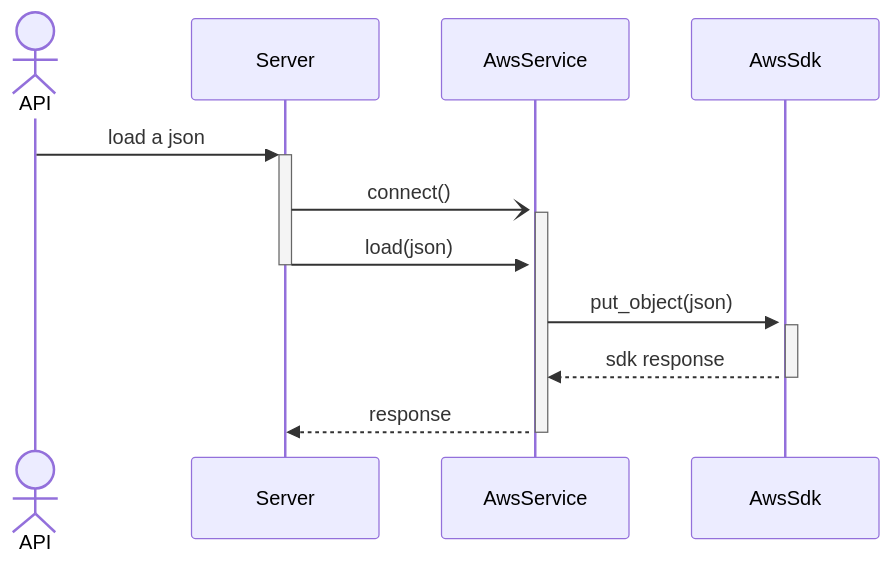
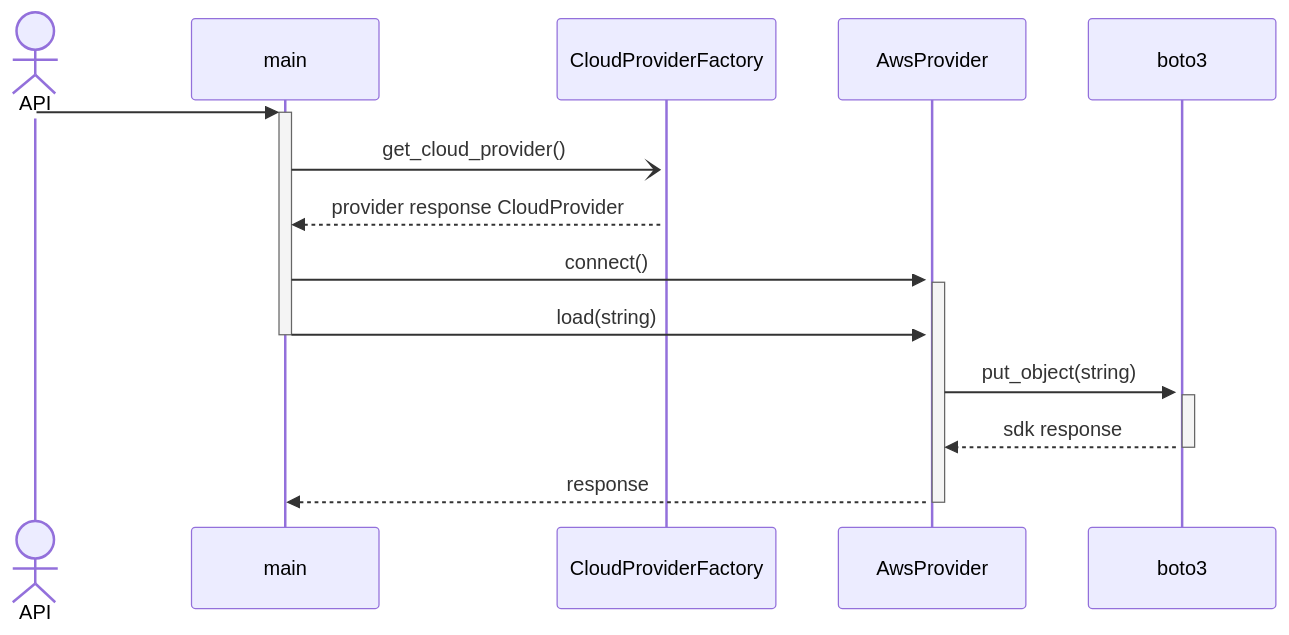
One commit to CPNV-ES-BI1-RIA2-ELT-EXTERNAL-SOURCE/EXTERNAL-SOURCE-LOAD-DATALAKE changed the diagram in bucket_connector/docs/sequence_diagram.md. Above: the diagram before and after it, drawn with Mermaid. The commit also changed 4 other files, not shown here.

`````diff
--- a/bucket_connector/docs/sequence_diagram.md
+++ b/bucket_connector/docs/sequence_diagram.md
@@ -1,12 +1,16 @@
 ````mermaid
 sequenceDiagram
     Actor API
-    API ->>+ Server : load a json
-    Server -)+ AwsService : connect()
-    activate AwsService
-    Server ->>- AwsService : load(json)
-    AwsService ->>+ AwsSdk : put_object(json)
-    activate AwsSdk
-    AwsSdk -->>- AwsService : sdk response
-    AwsService -->>- Server : response
+    API ->>+ main : 
+    main -)+ CloudProviderFactory : get_cloud_provider()
+    activate CloudProviderFactory
+    CloudProviderFactory -->> main : provider response CloudProvider
+    
+    main ->>+ AwsProvider : connect()
+    activate AwsProvider
+    main ->>- AwsProvider : load(string)
+    AwsProvider ->>+ boto3 : put_object(string)
+    activate boto3
+    boto3 -->>- AwsProvider : sdk response
+    AwsProvider -->>- main : response
 ````
`````
